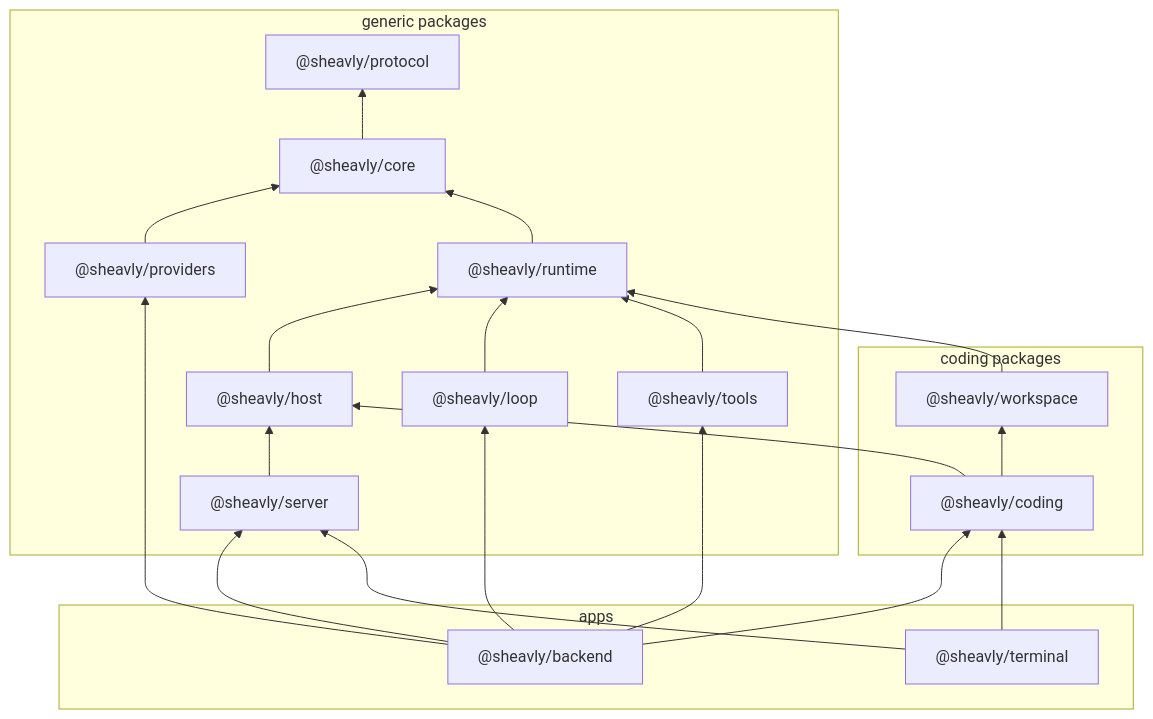
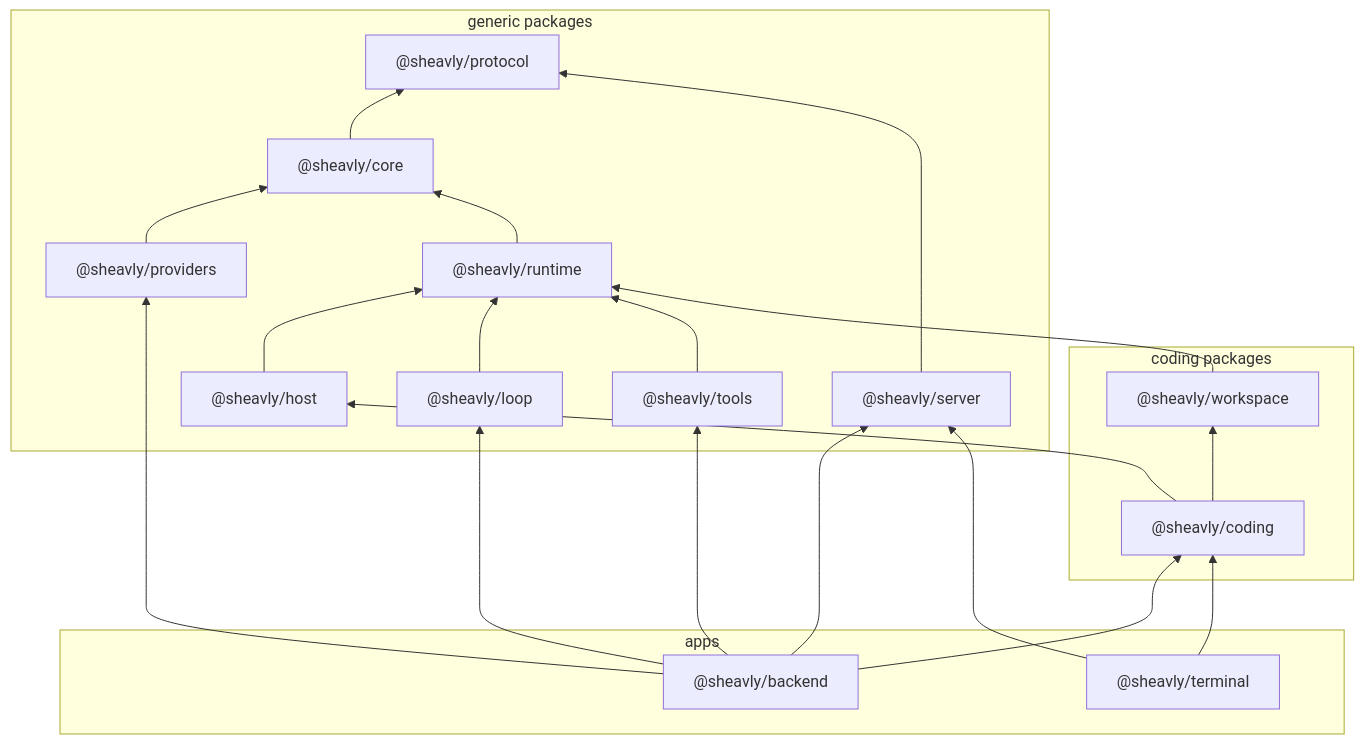
One commit to Sheavly/code changed the diagram in docs/overview.md. Above: the diagram before and after it, drawn with Mermaid. The commit also changed 3 other files, not shown here.

````diff
--- a/docs/overview.md
+++ b/docs/overview.md
@@ -35,38 +35,38 @@
 ```mermaid
 flowchart BT
   subgraph group_generic ["generic packages"]
     core["@sheavly/core"]
     host["@sheavly/host"]
     loop["@sheavly/loop"]
     protocol["@sheavly/protocol"]
     providers["@sheavly/providers"]
     runtime["@sheavly/runtime"]
     server["@sheavly/server"]
     tools["@sheavly/tools"]
   end
   subgraph group_coding ["coding packages"]
     coding["@sheavly/coding"]
     workspace["@sheavly/workspace"]
   end
   subgraph group_apps ["apps"]
     backend["@sheavly/backend"]
     terminal["@sheavly/terminal"]
   end
   backend --> coding
   backend --> loop
   backend --> providers
   backend --> server
   backend --> tools
   coding --> host
   coding --> workspace
   core --> protocol
   host --> runtime
   loop --> runtime
   providers --> core
   runtime --> core
-  server --> host
+  server --> protocol
   terminal --> coding
   terminal --> server
   tools --> runtime
   workspace --> runtime
 ```
````
